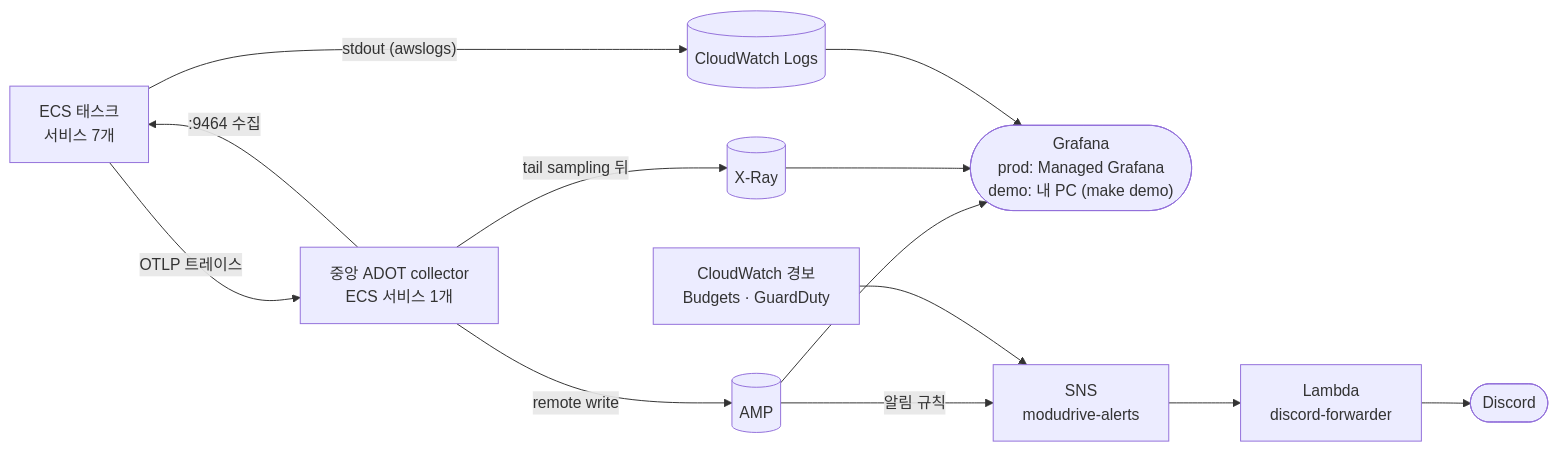
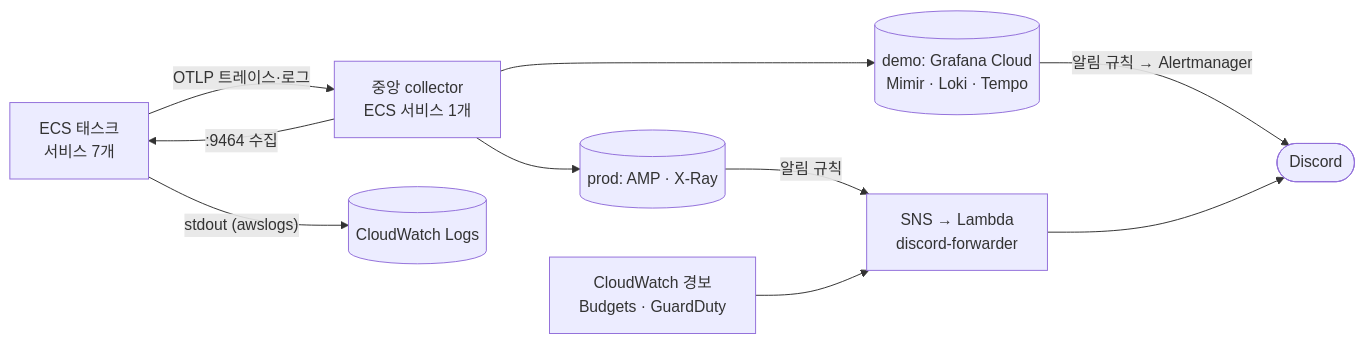
Before and after one commit to rivertw777/ModuDrive-API: the second of 3 diagrams in .docs/guide/002-observability.md, drawn with Mermaid. The commit also changed other lines of this file and 18 other files, not shown here.

First line of the commit message:
feat: move demo monitoring to grafana cloud (#699)

````diff
--- a/.docs/guide/002-observability.md
+++ b/.docs/guide/002-observability.md
@@ -74,23 +74,21 @@
 ```mermaid
 flowchart LR
     S["ECS 태스크<br/>서비스 7개"]
-    C["중앙 ADOT collector<br/>ECS 서비스 1개"]
-    AMP[("AMP")]
-    X[("X-Ray")]
+    C["중앙 collector<br/>ECS 서비스 1개"]
+    GC[("demo: Grafana Cloud<br/>Mimir · Loki · Tempo")]
+    AWS[("prod: AMP · X-Ray")]
     CW[("CloudWatch Logs")]
     ALM["CloudWatch 경보<br/>Budgets · GuardDuty"]
-    G(["Grafana<br/>prod: Managed Grafana<br/>demo: 내 PC (make demo)"])
-    SNS["SNS<br/>modudrive-alerts"]
-    LA["Lambda<br/>discord-forwarder"]
+    SNS["SNS → Lambda<br/>discord-forwarder"]
     D(["Discord"])
 
     C -- ":9464 수집" --> S
-    S -- "OTLP 트레이스" --> C
-    C -- "remote write" --> AMP
-    C -- "tail sampling 뒤" --> X
+    S -- "OTLP 트레이스·로그" --> C
+    C --> GC
+    C --> AWS
     S -- "stdout (awslogs)" --> CW
-    AMP & X & CW --> G
-    AMP -- "알림 규칙" --> SNS
+    GC -- "알림 규칙 → Alertmanager" --> D
+    AWS -- "알림 규칙" --> SNS
     ALM --> SNS
-    SNS --> LA --> D
+    SNS --> D
 ```
````
